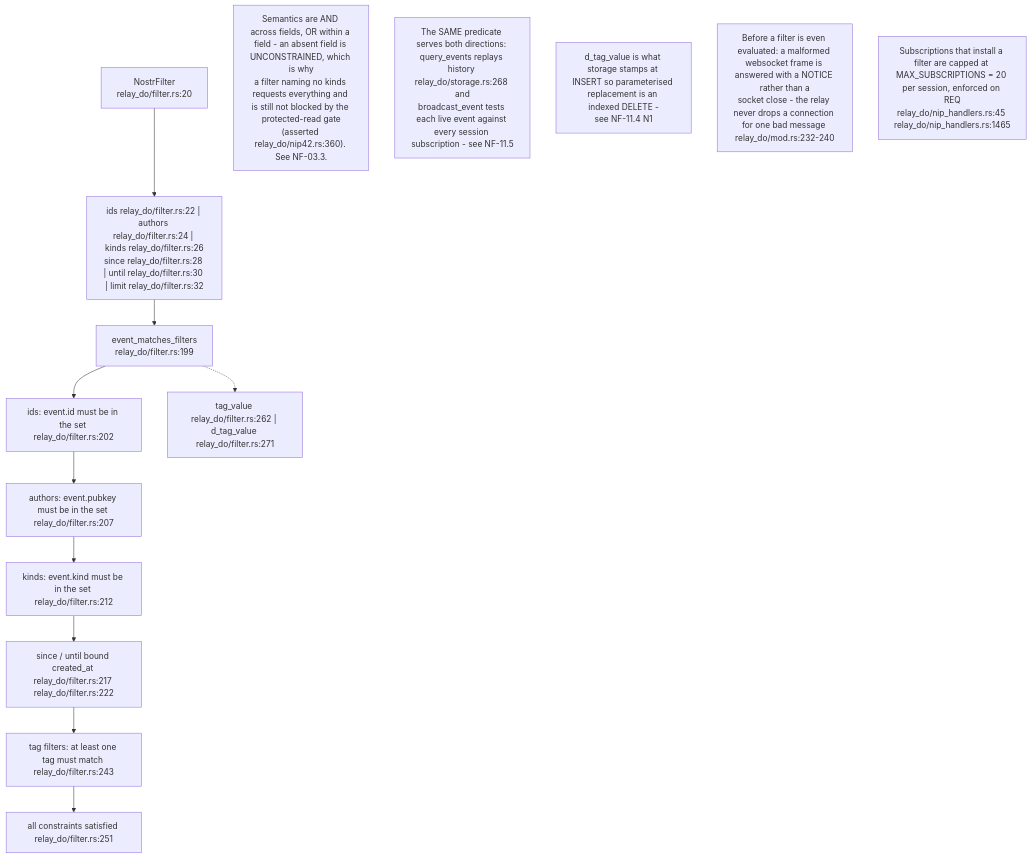
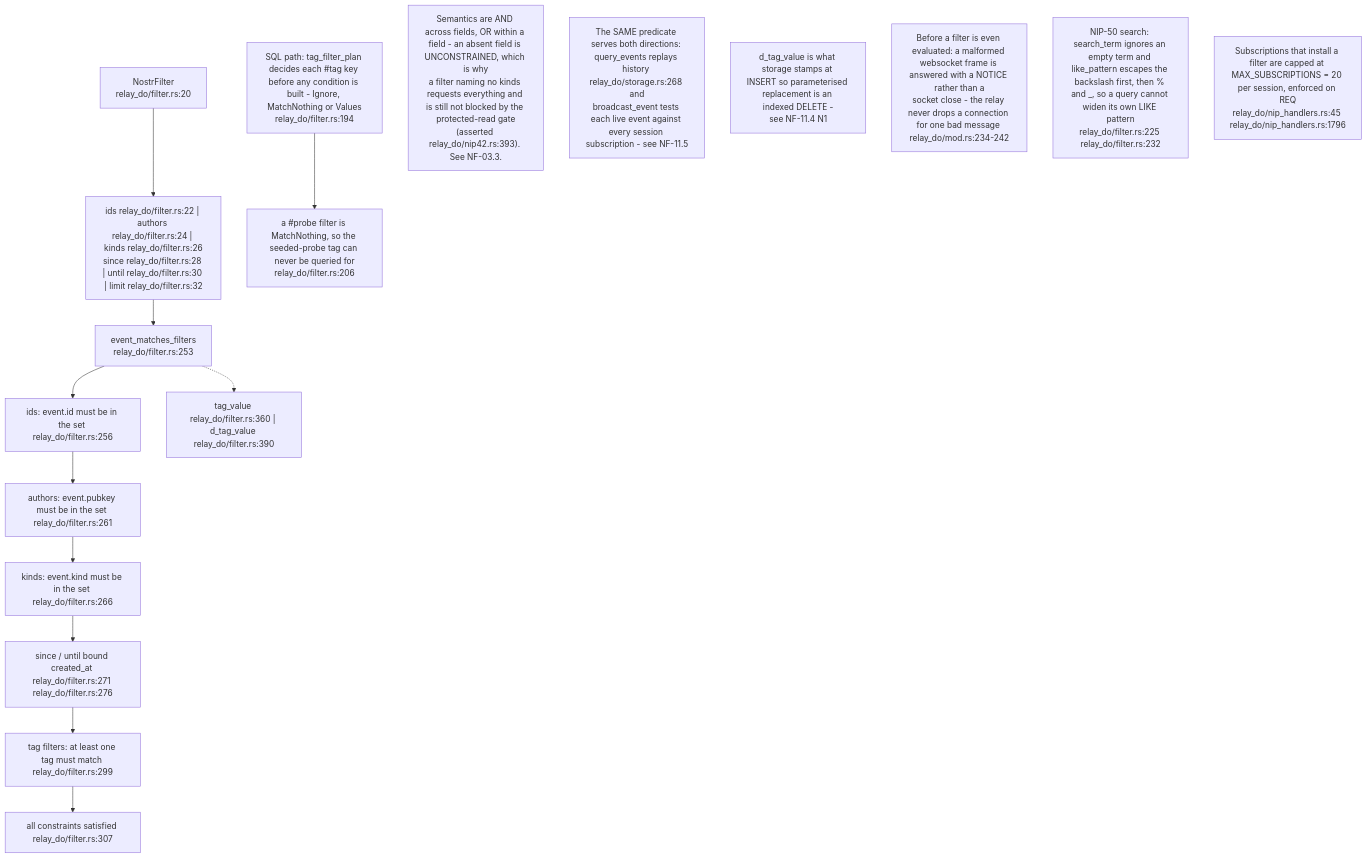
Before and after one commit to DreamLab-AI/VisionFlow: the fifth of 16 diagrams in docs/diagrams/nostr-rust-forum/11-relay-durable-object-internals.md, drawn with Mermaid. The commit also changed other lines of this file and 160 other files, not shown here.

````diff
--- a/docs/diagrams/nostr-rust-forum/11-relay-durable-object-internals.md
+++ b/docs/diagrams/nostr-rust-forum/11-relay-durable-object-internals.md
@@ -160,23 +168,27 @@
 ```mermaid
 flowchart TB
     F["NostrFilter<br/>relay_do/filter.rs:20"]
     FLDS["ids relay_do/filter.rs:22 | authors relay_do/filter.rs:24 | kinds relay_do/filter.rs:26<br/>since relay_do/filter.rs:28 | until relay_do/filter.rs:30 | limit relay_do/filter.rs:32"]
-    M["event_matches_filters<br/>relay_do/filter.rs:199"]
-    C1["ids: event.id must be in the set relay_do/filter.rs:202"]
-    C2["authors: event.pubkey must be in the set relay_do/filter.rs:207"]
-    C3["kinds: event.kind must be in the set relay_do/filter.rs:212"]
-    C4["since / until bound created_at relay_do/filter.rs:217 relay_do/filter.rs:222"]
-    C5["tag filters: at least one tag must match relay_do/filter.rs:243"]
-    OK["all constraints satisfied relay_do/filter.rs:251"]
-    HELP["tag_value relay_do/filter.rs:262 | d_tag_value relay_do/filter.rs:271"]
+    M["event_matches_filters<br/>relay_do/filter.rs:253"]
+    C1["ids: event.id must be in the set relay_do/filter.rs:256"]
+    C2["authors: event.pubkey must be in the set relay_do/filter.rs:261"]
+    C3["kinds: event.kind must be in the set relay_do/filter.rs:266"]
+    C4["since / until bound created_at relay_do/filter.rs:271 relay_do/filter.rs:276"]
+    C5["tag filters: at least one tag must match relay_do/filter.rs:299"]
+    OK["all constraints satisfied relay_do/filter.rs:307"]
+    HELP["tag_value relay_do/filter.rs:360 | d_tag_value relay_do/filter.rs:390"]
+    TAGPLAN["SQL path: tag_filter_plan decides each #tag key before any condition is built - Ignore, MatchNothing or Values<br/>relay_do/filter.rs:194"]
+    PROBE["a #probe filter is MatchNothing, so the seeded-probe tag can never be queried for<br/>relay_do/filter.rs:206"]
 
     F --> FLDS --> M
     M --> C1 --> C2 --> C3 --> C4 --> C5 --> OK
     M -.-> HELP
+    TAGPLAN --> PROBE
 
-    N1["Semantics are AND across fields, OR within a field - an absent field is UNCONSTRAINED, which is why<br/>a filter naming no kinds requests everything and is still not blocked by the protected-read gate<br/>(asserted relay_do/nip42.rs:360). See NF-03.3."]
+    N1["Semantics are AND across fields, OR within a field - an absent field is UNCONSTRAINED, which is why<br/>a filter naming no kinds requests everything and is still not blocked by the protected-read gate<br/>(asserted relay_do/nip42.rs:393). See NF-03.3."]
     N2["The SAME predicate serves both directions: query_events replays history relay_do/storage.rs:268 and<br/>broadcast_event tests each live event against every session subscription - see NF-11.5"]
     N3["d_tag_value is what storage stamps at INSERT so parameterised replacement is an indexed DELETE -<br/>see NF-11.4 N1"]
-    N4["Before a filter is even evaluated: a malformed websocket frame is answered with a NOTICE rather than a<br/>socket close - the relay never drops a connection for one bad message relay_do/mod.rs:232-240"]
-    N5["Subscriptions that install a filter are capped at MAX_SUBSCRIPTIONS = 20 per session, enforced on REQ<br/>relay_do/nip_handlers.rs:45 relay_do/nip_handlers.rs:1465"]
+    N4["Before a filter is even evaluated: a malformed websocket frame is answered with a NOTICE rather than a<br/>socket close - the relay never drops a connection for one bad message relay_do/mod.rs:234-242"]
+    N6["NIP-50 search: search_term ignores an empty term and like_pattern escapes the backslash first, then % and _, so a query cannot widen its own LIKE pattern<br/>relay_do/filter.rs:225 relay_do/filter.rs:232"]
+    N5["Subscriptions that install a filter are capped at MAX_SUBSCRIPTIONS = 20 per session, enforced on REQ<br/>relay_do/nip_handlers.rs:45 relay_do/nip_handlers.rs:1796"]
 ```
````
